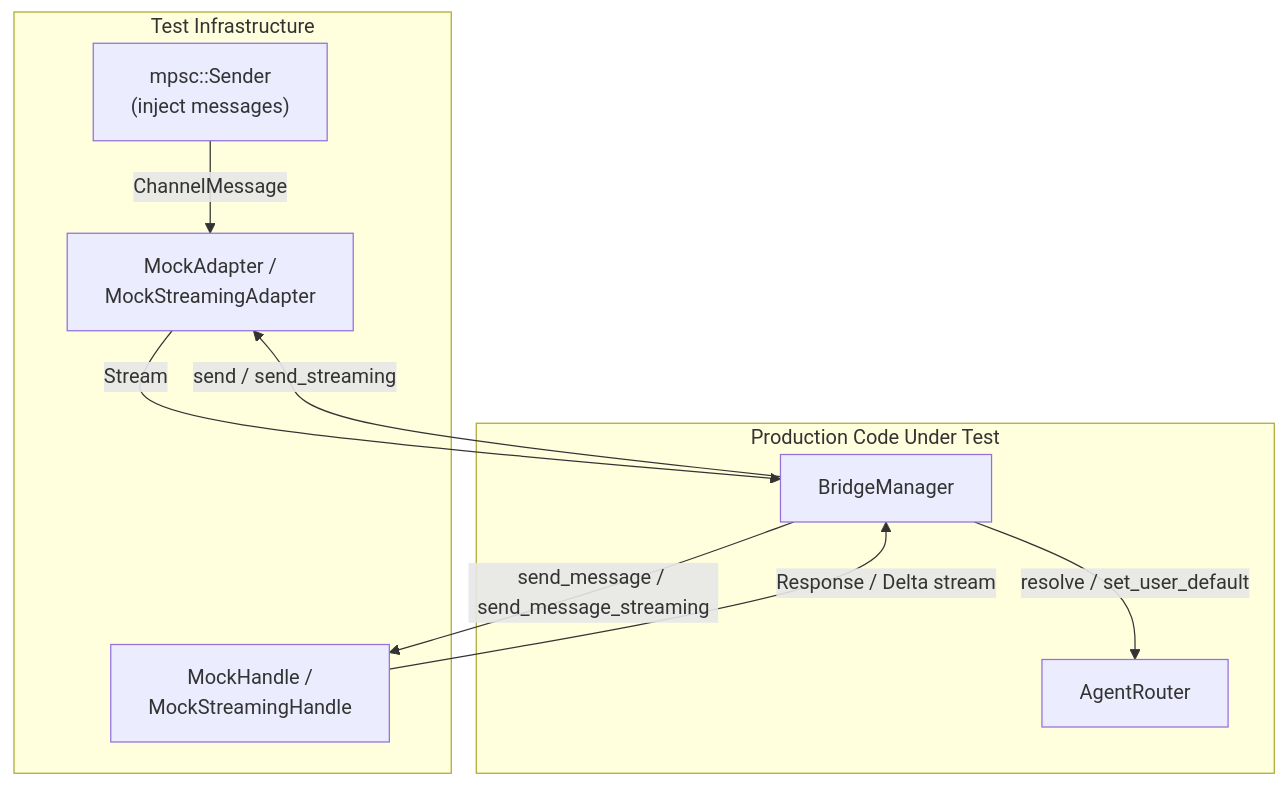
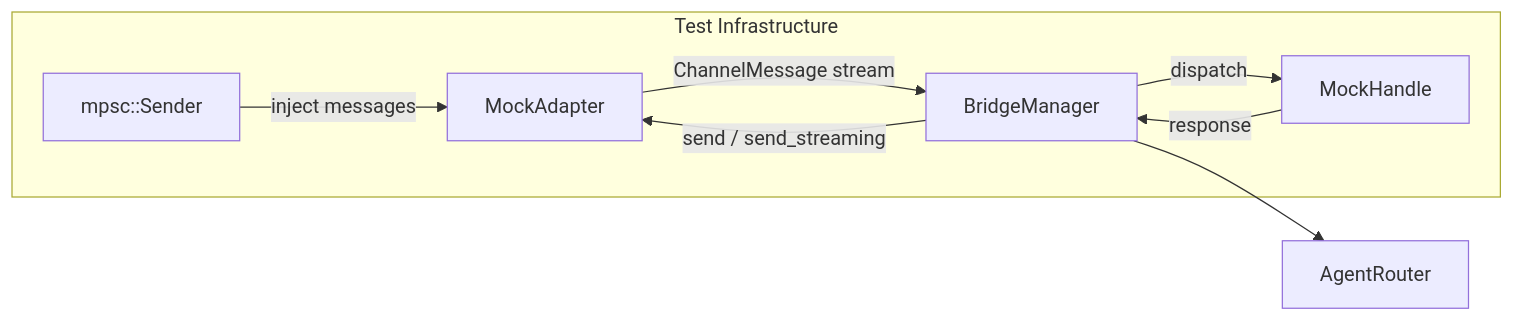
One commit to leszek3737/librefang-WIki changed the diagram in other-librefang-channels-tests.md. Above: the diagram before and after it, drawn with Mermaid. The commit also changed other lines of this file and 118 other files, not shown here.

````diff
--- a/other-librefang-channels-tests.md
+++ b/other-librefang-channels-tests.md
@@ -11,20 +11,11 @@
 ```mermaid
-graph TD
-    subgraph "Test Infrastructure"
-        TX["mpsc::Sender<br/>(inject messages)"]
-        MA["MockAdapter /<br/>MockStreamingAdapter"]
-        MH["MockHandle /<br/>MockStreamingHandle"]
+graph LR
+    subgraph Test Infrastructure
+        TX[mpsc::Sender] -->|inject messages| MA[MockAdapter]
+        MA -->|ChannelMessage stream| BM[BridgeManager]
+        BM -->|dispatch| MH[MockHandle]
+        MH -->|response| BM
+        BM -->|send / send_streaming| MA
     end
-
-    subgraph "Production Code Under Test"
-        BM["BridgeManager"]
-        AR["AgentRouter"]
-    end
-
-    TX -->|"ChannelMessage"| MA
-    MA -->|"Stream<Item=ChannelMessage>"| BM
-    BM -->|"resolve / set_user_default"| AR
-    BM -->|"send_message / send_message_streaming"| MH
-    MH -->|"Response / Delta stream"| BM
-    BM -->|"send / send_streaming"| MA
+    BM --> AR[AgentRouter]
 ```
````
